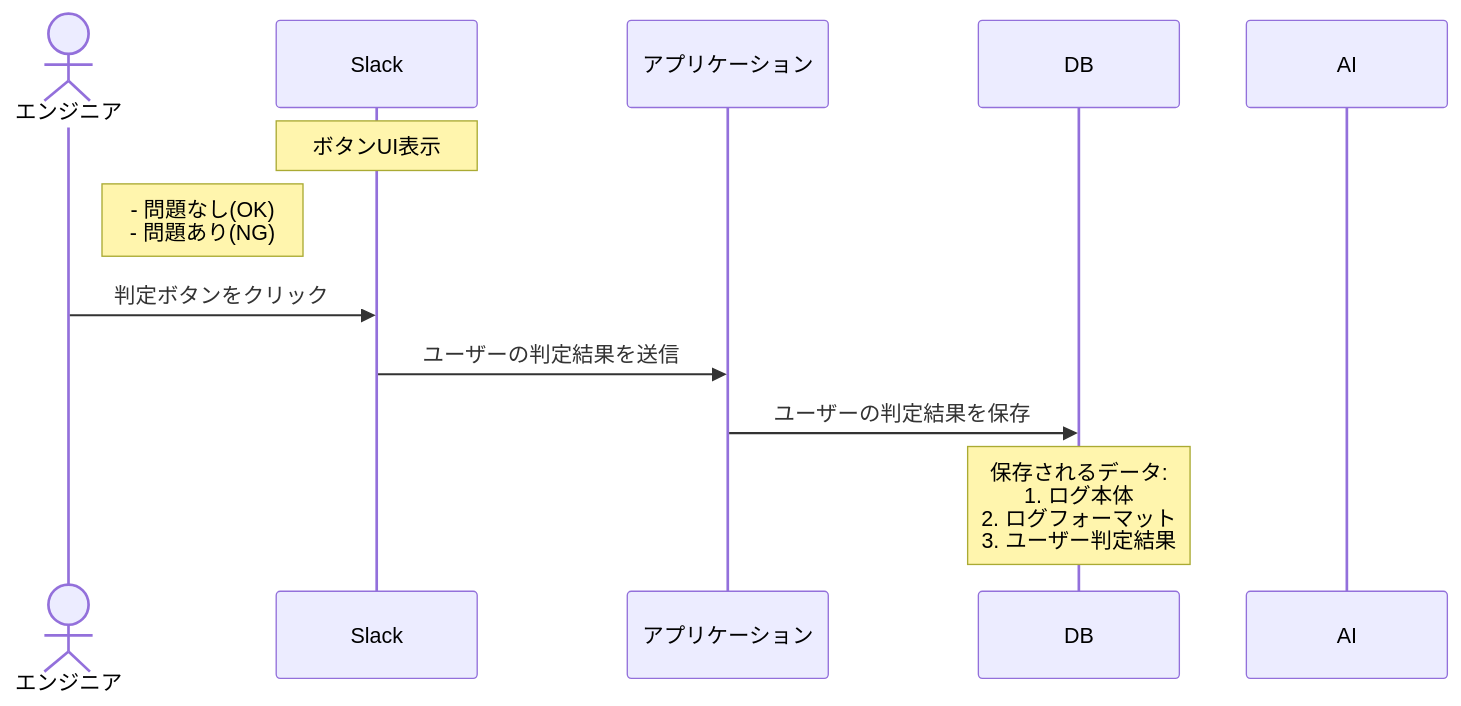
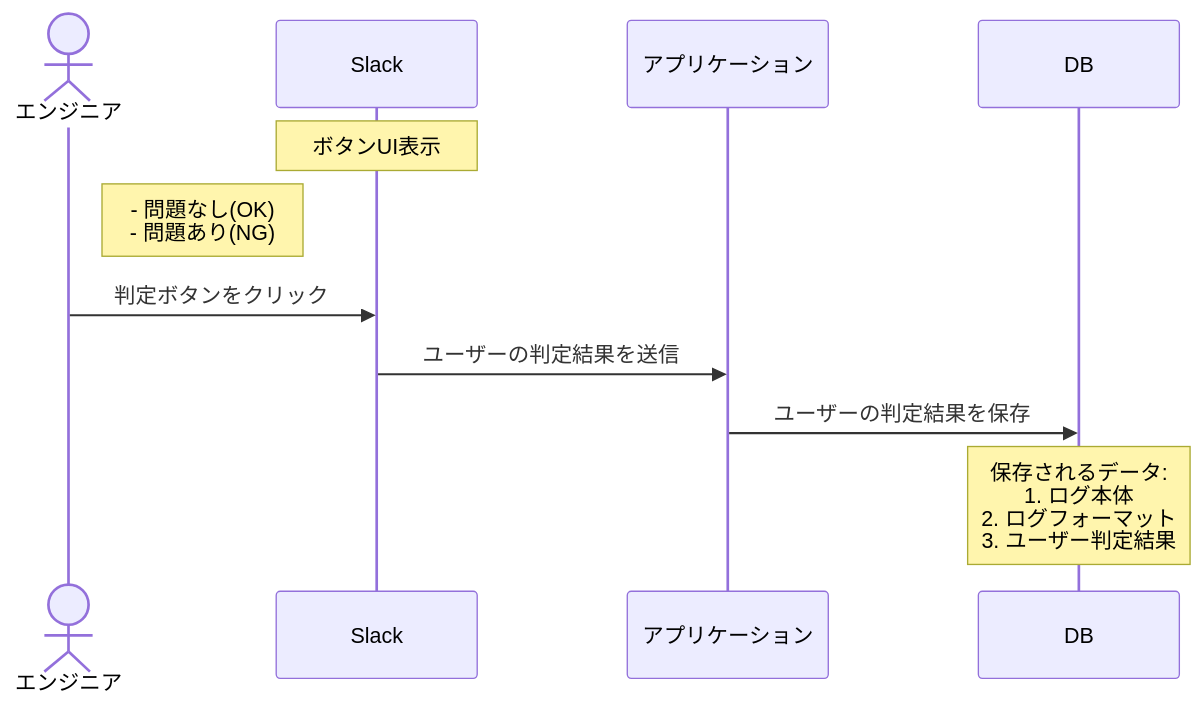
The second of 2 diagrams in design-doc.md (yoshihiro-shu/observation-haki), drawn with Mermaid before and after one commit.

Commit message:
remove AI from stored data of mermaid

````diff
--- a/design-doc.md
+++ b/design-doc.md
@@ -38,17 +38,16 @@
 ```mermaid
 sequenceDiagram
     actor User as エンジニア
     participant Slack
     participant App as アプリケーション
     participant DB
-    participant AI
 
     Note over Slack: ボタンUI表示
     Note right of User: - 問題なし(OK)<br>- 問題あり(NG)
 
     User->>Slack: 判定ボタンをクリック
     Slack->>App: ユーザーの判定結果を送信
     App->>DB: ユーザーの判定結果を保存
 
     Note over DB: 保存されるデータ:<br>1. ログ本体<br>2. ログフォーマット<br>3. ユーザー判定結果
 ```
````
